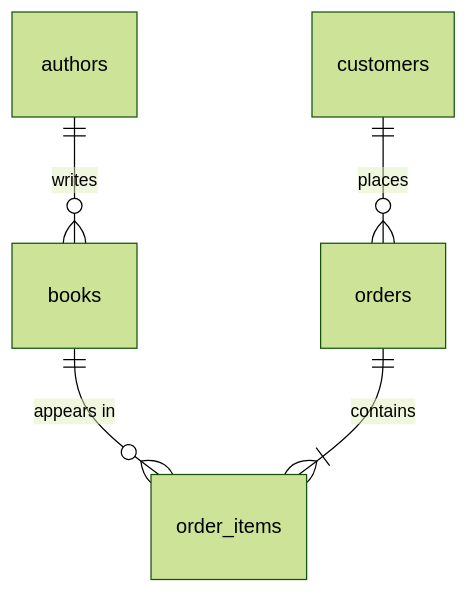
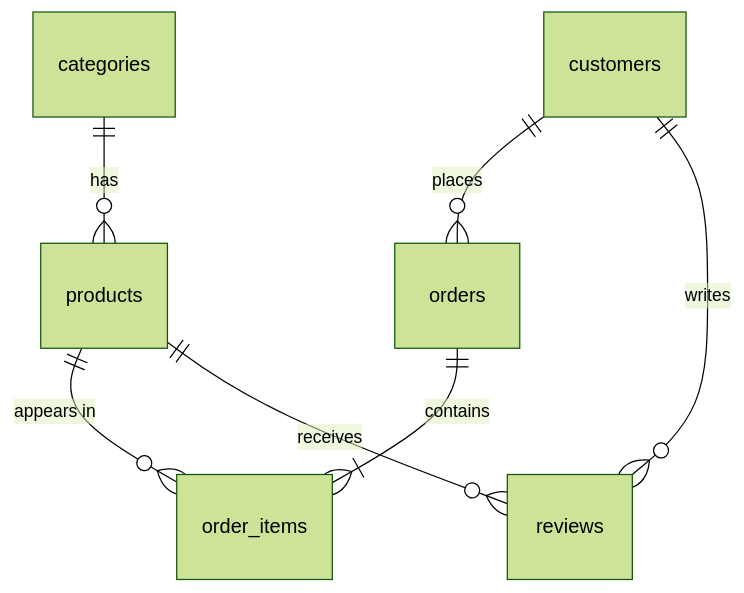
Before and after one commit to mdsalahuddin2001/fullstackshikhi: the diagram in content/docs/postgresql/index.mdx, drawn with Mermaid (forest theme). The commit also changed other lines of this file and 14 other files, not shown here.

````diff
--- a/content/docs/postgresql/index.mdx
+++ b/content/docs/postgresql/index.mdx
@@ -52,7 +81,9 @@
 ```mermaid
 erDiagram
-  authors ||--o{ books : writes
-  books ||--o{ order_items : "appears in"
+  categories ||--o{ products : has
+  customers ||--o{ orders : places
   orders ||--|{ order_items : contains
-  customers ||--o{ orders : places
+  products ||--o{ order_items : "appears in"
+  customers ||--o{ reviews : writes
+  products ||--o{ reviews : receives
 ```
````
